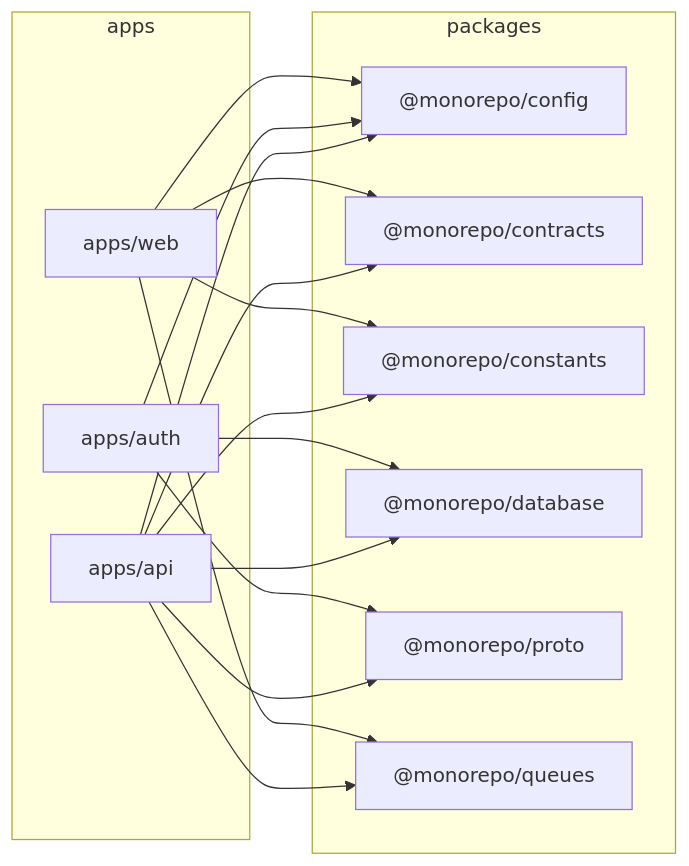
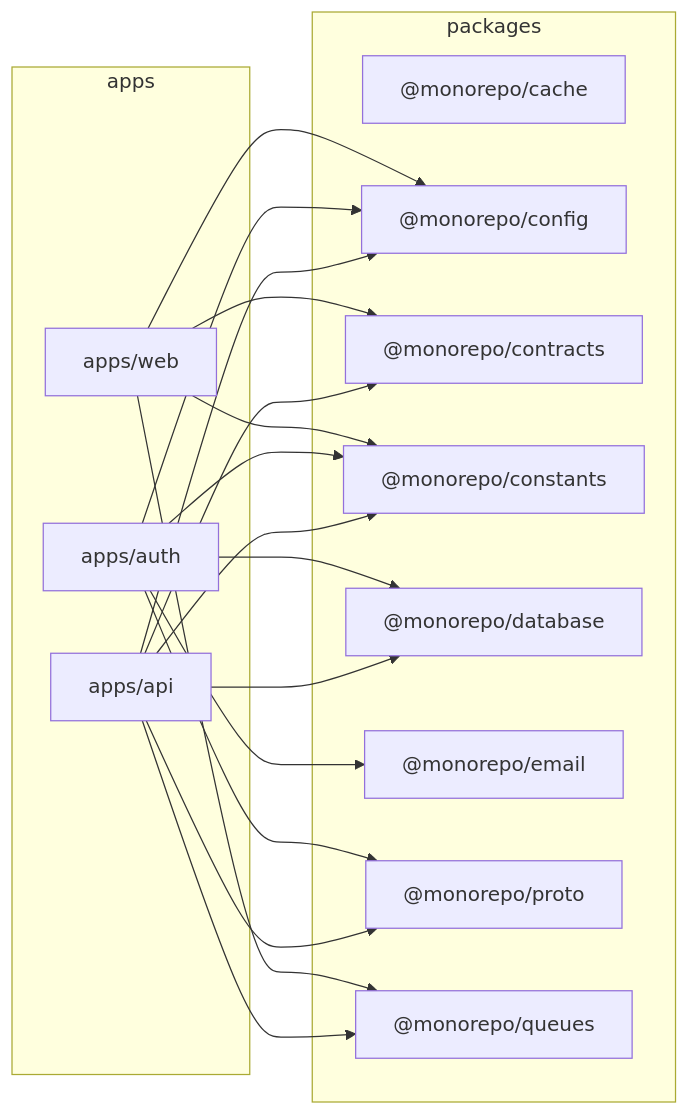
The third of 3 diagrams in README.md (sonicname/monorepo), drawn with Mermaid before and after one commit. The commit also changed other lines of this file and 5 other files, not shown here.

````diff
--- a/README.md
+++ b/README.md
@@ -83,33 +85,37 @@
 ```mermaid
 graph LR
     subgraph apps
         Web["apps/web"]
         AuthApp["apps/auth"]
         APIApp["apps/api"]
     end
 
     subgraph packages
+        Cache["@monorepo/cache"]
         Config["@monorepo/config"]
         Contracts["@monorepo/contracts"]
         Constants["@monorepo/constants"]
         Database["@monorepo/database"]
+        Email["@monorepo/email"]
         Proto["@monorepo/proto"]
         Queues["@monorepo/queues"]
     end
 
     Web --> Config
     Web --> Contracts
     Web --> Constants
     Web --> Queues
 
     AuthApp --> Config
+    AuthApp --> Constants
     AuthApp --> Database
+    AuthApp --> Email
     AuthApp --> Proto
 
     APIApp --> Config
     APIApp --> Contracts
     APIApp --> Constants
     APIApp --> Database
     APIApp --> Proto
     APIApp --> Queues
 ```
````
